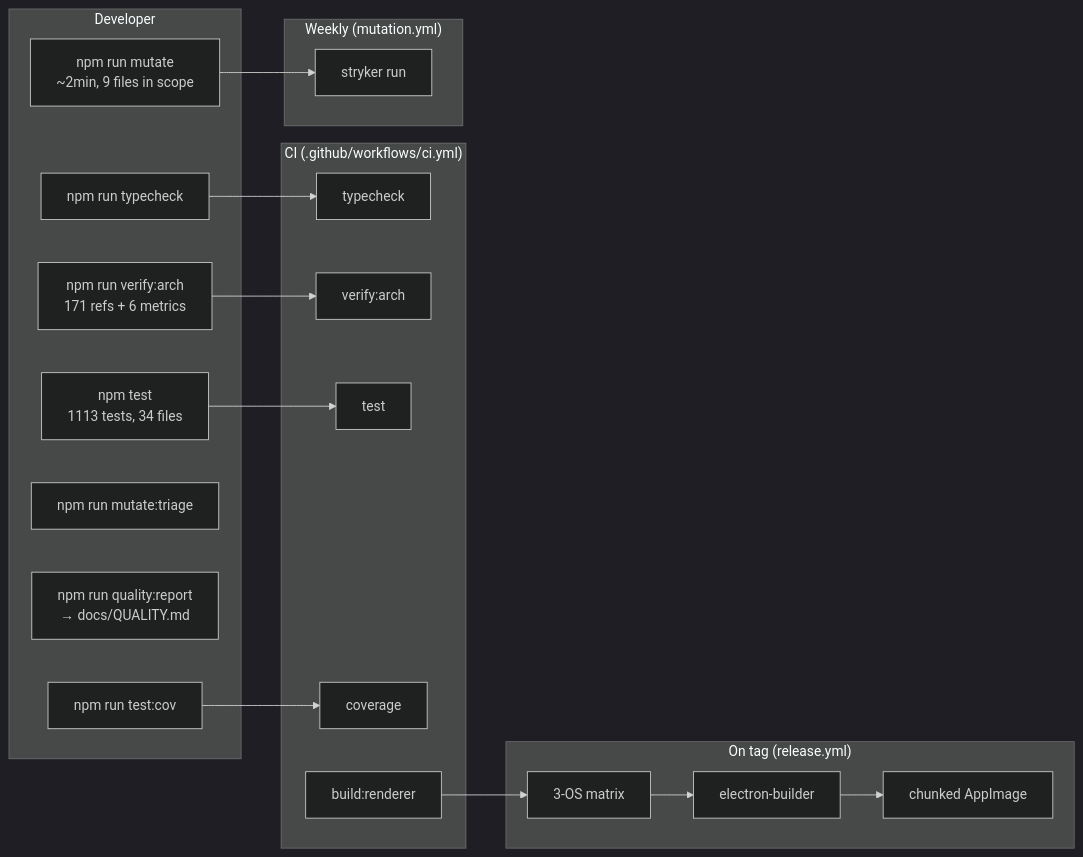
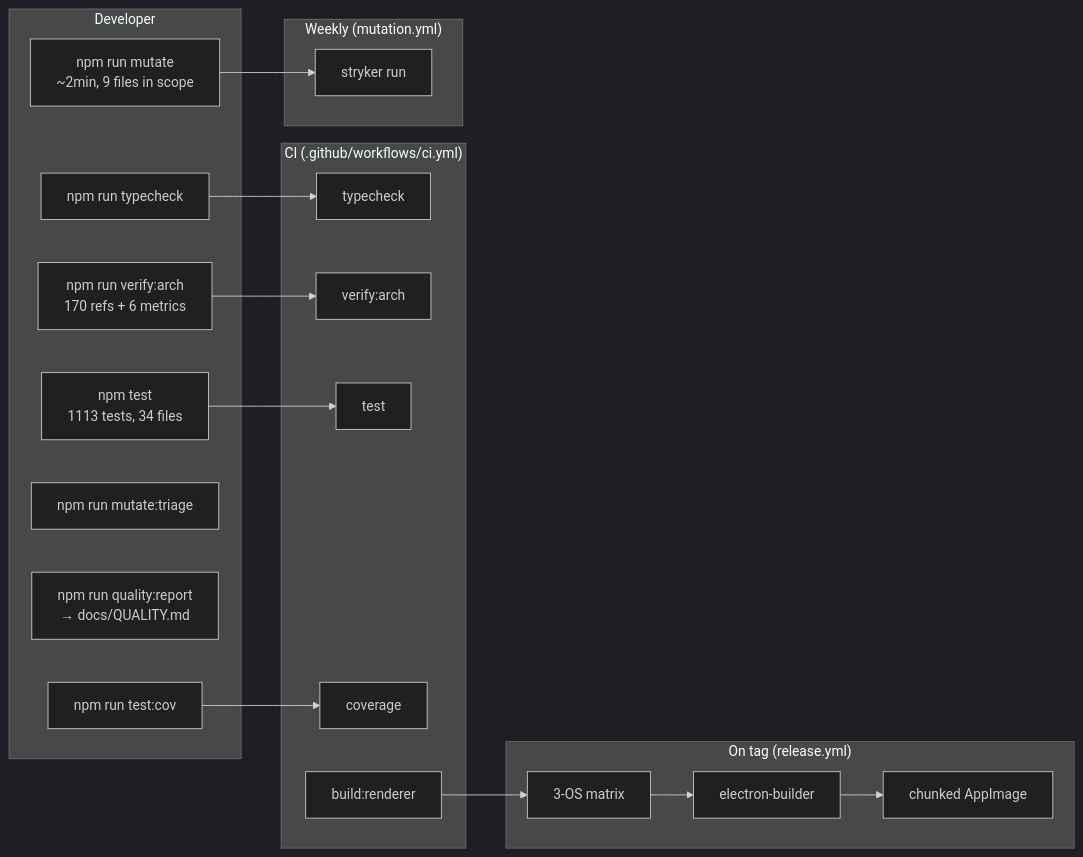
Before and after one commit to hiroto1977/-: the tenth of 14 diagrams in docs/ARCHITECTURE.md, drawn with Mermaid (dark theme). The commit also changed other lines of this file and 1 other file, not shown here.

First line of the commit message:
fix(ci): verify:arch が CI で失敗していた原因 — dist/standalone.html を参照

````diff
--- a/docs/ARCHITECTURE.md
+++ b/docs/ARCHITECTURE.md
@@ -631,33 +631,33 @@
 ```mermaid
 graph LR
   subgraph "Developer"
     D1[npm run typecheck]
     D2[npm test<br/>1113 tests, 34 files]
     D3[npm run test:cov]
     D4[npm run mutate<br/>~2min, 9 files in scope]
     D5[npm run mutate:triage]
     D6[npm run quality:report<br/>→ docs/QUALITY.md]
-    D7[npm run verify:arch<br/>171 refs + 6 metrics]
+    D7[npm run verify:arch<br/>170 refs + 6 metrics]
   end
   subgraph "CI (.github/workflows/ci.yml)"
     C1[typecheck]
     C2[verify:arch]
     C3[test]
     C4[coverage]
     C5[build:renderer]
   end
   subgraph "Weekly (mutation.yml)"
     M1[stryker run]
   end
   subgraph "On tag (release.yml)"
     R1[3-OS matrix]
     R2[electron-builder]
     R3[chunked AppImage]
   end
   D1 --> C1
   D7 --> C2
   D2 --> C3
   D3 --> C4
   D4 --> M1
   C5 --> R1 --> R2 --> R3
 ```
````
